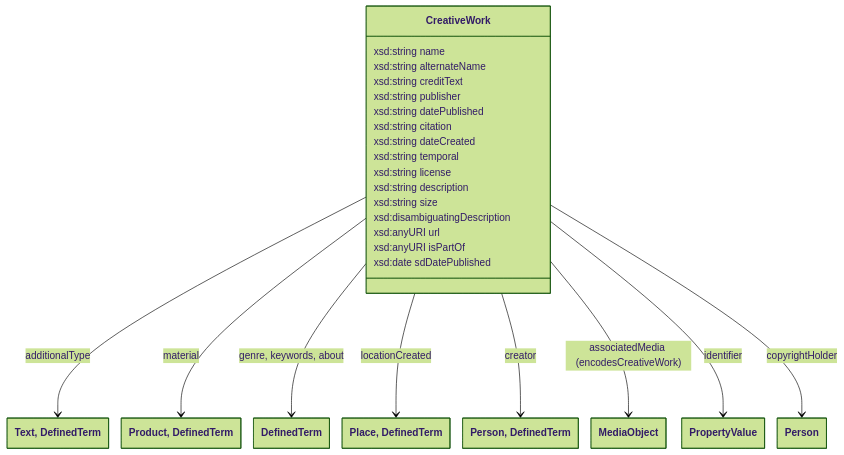
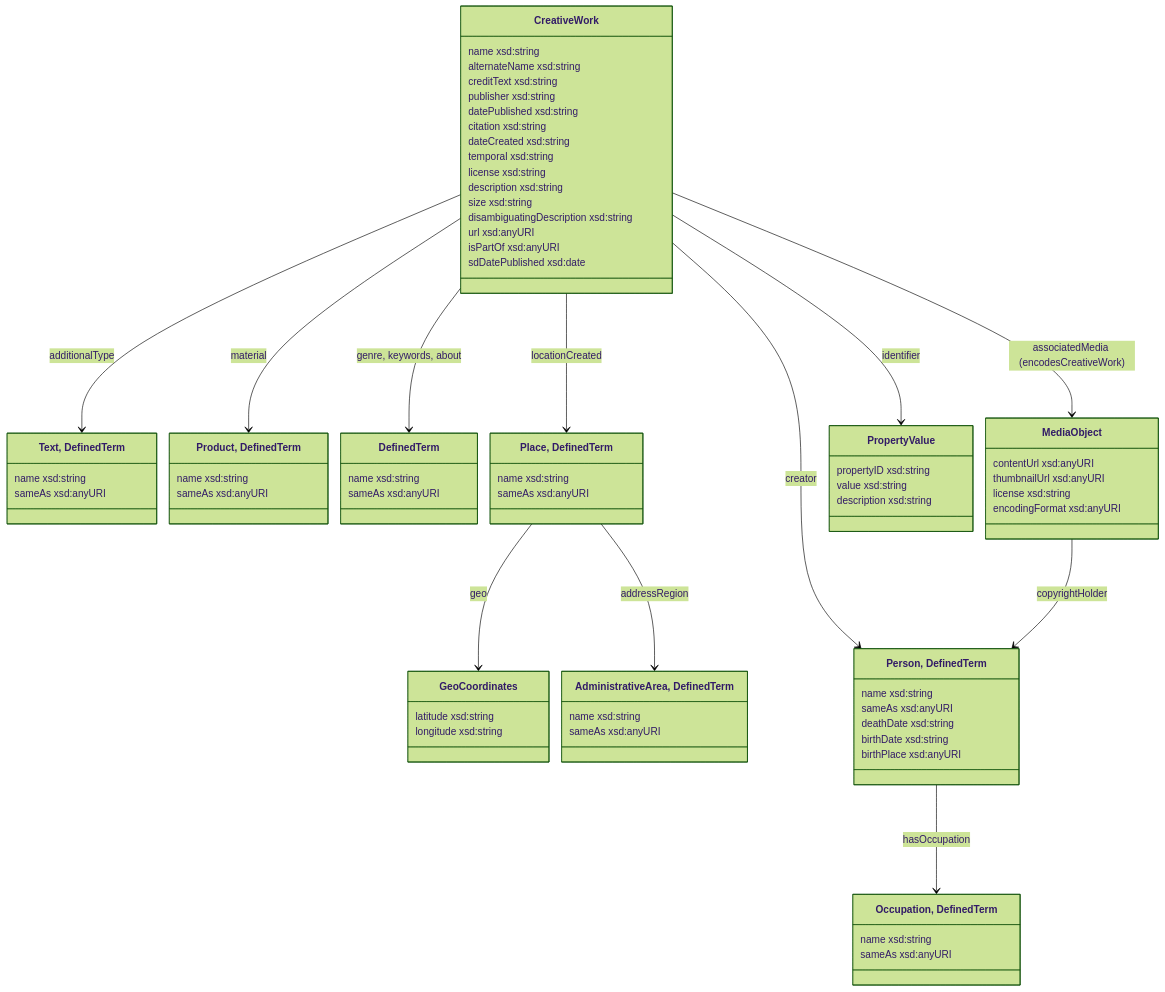
Before and after one commit to collectienederland/schema-profile: the first of 5 diagrams in docs/datamodel.md, drawn with Mermaid. The commit also changed other lines of this file, not shown here.

```diff
--- a/docs/datamodel.md
+++ b/docs/datamodel.md
@@ -6,49 +8,90 @@
     theme: forest
     nodeSpacing: 20
     rankSpacing: 150
-    class:  
+    
+    class:
       hideEmptyMembersBox: true
 ---
 classDiagram
 class creativework["CreativeWork"] {
-  xsd:string name
-  xsd:string alternateName
-  xsd:string creditText
-  xsd:string publisher
-  xsd:string datePublished
-  xsd:string citation
-  xsd:string dateCreated
-  xsd:string temporal
-  xsd:string license
-  xsd:string description
-  xsd:string size
-  xsd:disambiguatingDescription
-  xsd:anyURI url
-  xsd:anyURI isPartOf
-  xsd:date sdDatePublished
+  name xsd:string 
+  alternateName xsd:string 
+  creditText xsd:string 
+  publisher xsd:string 
+  datePublished xsd:string 
+  citation xsd:string 
+  dateCreated xsd:string 
+  temporal xsd:string 
+  license xsd:string 
+  description xsd:string 
+  size xsd:string 
+  disambiguatingDescription xsd:string
+  url xsd:anyURI 
+  isPartOf xsd:anyURI 
+  sdDatePublished xsd:date 
 }
 
-class additional["Text, DefinedTerm"]
+class additional["Text, DefinedTerm"] {
+  name xsd:string
+  sameAs xsd:anyURI
+}
 creativework --> additional: additionalType
 
-class product["Product, DefinedTerm"]
+class product["Product, DefinedTerm"] {
+  name xsd:string
+  sameAs xsd:anyURI
+}
 creativework --> product: material
 
-class defterm["DefinedTerm"]
+class defterm["DefinedTerm"] {
+  name xsd:string
+  sameAs xsd:anyURI
+}
 creativework --> defterm: genre, keywords, about
+class place["Place, DefinedTerm"] {
+  name xsd:string
+  sameAs xsd:anyURI
+}
+class geocoor["GeoCoordinates"] {
+  latitude xsd:string
+  longitude xsd:string
+}
+class adminarea["AdministrativeArea, DefinedTerm"] {
+  name xsd:string
+  sameAs xsd:anyURI
+}
+creativework --> place: locationCreated
+place --> geocoor: geo
+place --> adminarea: addressRegion
 
-class place["Place, DefinedTerm"]
-creativework --> place: locationCreated
+class person["Person, DefinedTerm"]{
+  name xsd:string 
+   sameAs xsd:anyURI 
+  deathDate xsd:string 
+  birthDate xsd:string 
+  birthPlace xsd:anyURI 
+}
+creativework --> person: creator
+class occupation["Occupation, DefinedTerm"]{
+  name xsd:string 
+  sameAs xsd:anyURI 
+}
+person --> occupation: hasOccupation
 
-class person["Person, DefinedTerm"]
-creativework --> person: creator
+class mediaobject["MediaObject"] {
+  contentUrl xsd:anyURI
+  thumbnailUrl xsd:anyURI
+  license xsd:string
+  encodingFormat xsd:anyURI
+}
+creativework --> mediaobject: associatedMedia (encodesCreativeWork)
+mediaobject --> person:copyrightHolder
 
-class mediaobject["MediaObject"]
-creativework --> mediaobject: associatedMedia (encodesCreativeWork)
-
-class propval["PropertyValue"]
+class propval["PropertyValue"] {
+  propertyID xsd:string
+  value xsd:string
+  description xsd:string
+}
 creativework --> propval: identifier
 
-class copyperson["Person"]
-creativework --> copyperson: copyrightHolder
 </pre>
```
